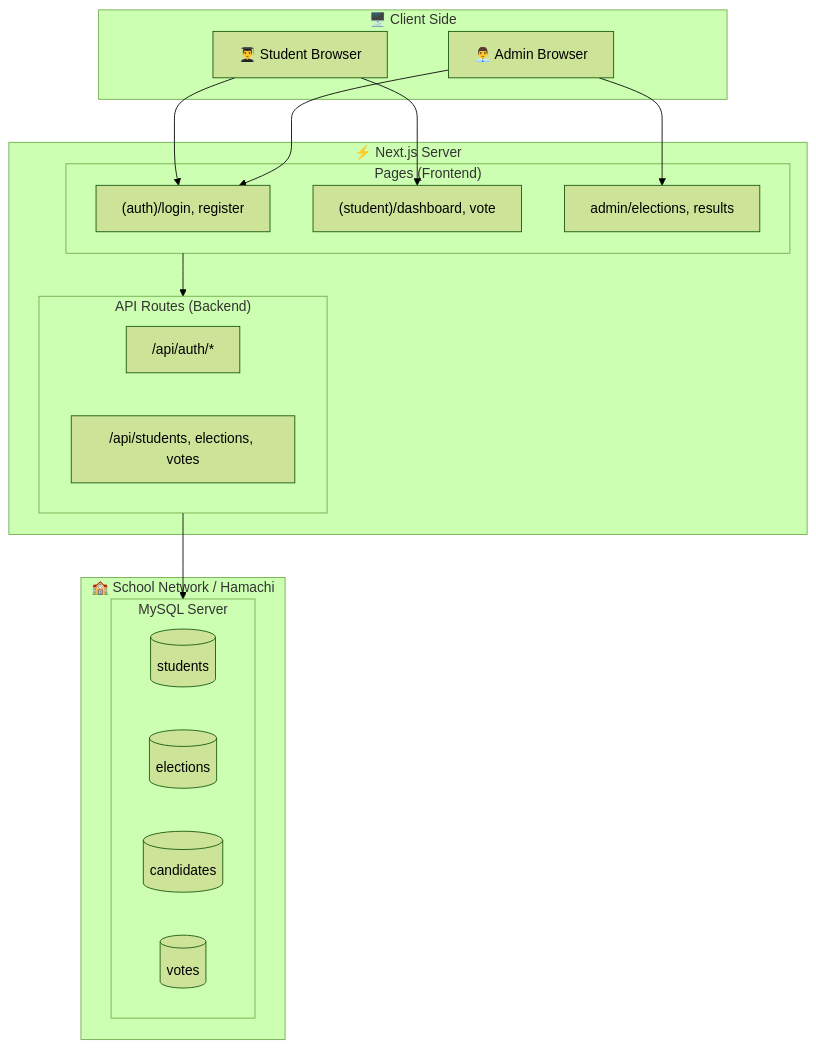
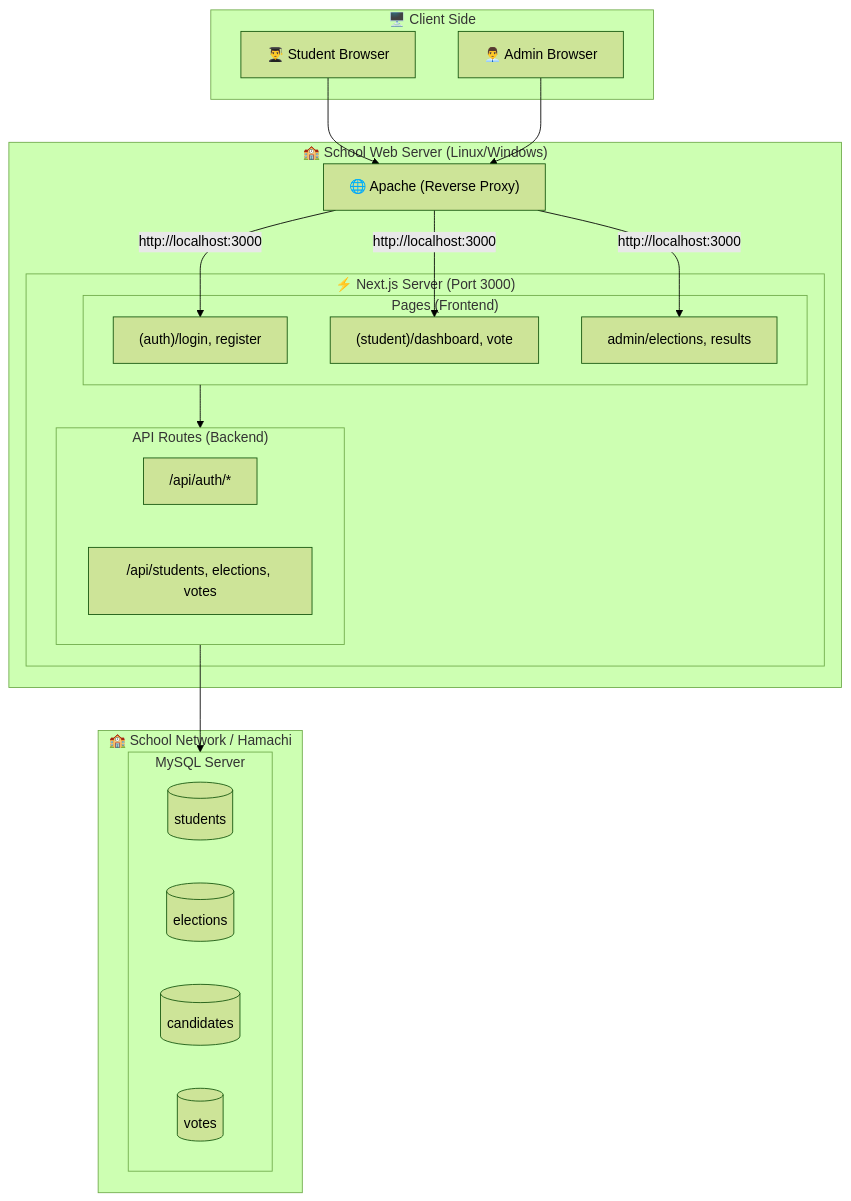
Before and after one commit to LoveMig6334/cd-voting-0: the diagram in app/poc/README.md, drawn with Mermaid (forest theme). The commit also changed other lines of this file, not shown here.

````diff
--- a/app/poc/README.md
+++ b/app/poc/README.md
@@ -7,35 +7,40 @@
 ```mermaid
 flowchart TB
     subgraph CLIENT["🖥️ Client Side"]
         STUDENT["👨‍🎓 Student Browser"]
         ADMIN["👨‍💼 Admin Browser"]
     end
 
-    subgraph NEXTJS["⚡ Next.js Server"]
-        subgraph PAGES["Pages (Frontend)"]
-            AUTH["(auth)/login, register"]
-            STU_PAGES["(student)/dashboard, vote"]
-            ADM_PAGES["admin/elections, results"]
-        end
+    subgraph SCHOOL_SERVER["🏫 School Web Server (Linux/Windows)"]
+        APACHE["🌐 Apache (Reverse Proxy)"]
 
-        subgraph API["API Routes (Backend)"]
-            API_AUTH["/api/auth/*"]
-            API_DATA["/api/students, elections, votes"]
+        subgraph NEXTJS["⚡ Next.js Server (Port 3000)"]
+            subgraph PAGES["Pages (Frontend)"]
+                AUTH["(auth)/login, register"]
+                STU_PAGES["(student)/dashboard, vote"]
+                ADM_PAGES["admin/elections, results"]
+            end
+
+            subgraph API["API Routes (Backend)"]
+                API_AUTH["/api/auth/*"]
+                API_DATA["/api/students, elections, votes"]
+            end
         end
     end
 
     subgraph SCHOOL_NET["🏫 School Network / Hamachi"]
         subgraph DB["MySQL Server"]
             TBL_STU[("students")]
             TBL_ELEC[("elections")]
             TBL_CAND[("candidates")]
             TBL_VOTE[("votes")]
         end
     end
 
-    STUDENT --> AUTH & STU_PAGES
-    ADMIN --> AUTH & ADM_PAGES
+    STUDENT --> APACHE
+    ADMIN --> APACHE
+    APACHE --"http://localhost:3000"--> AUTH & STU_PAGES & ADM_PAGES
 
     PAGES --> API
     API --> DB
 ```
````
